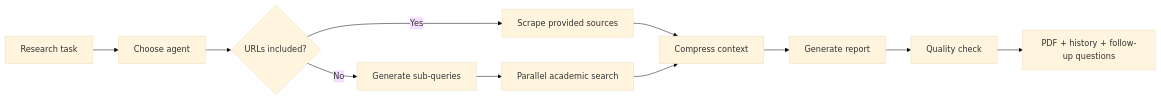
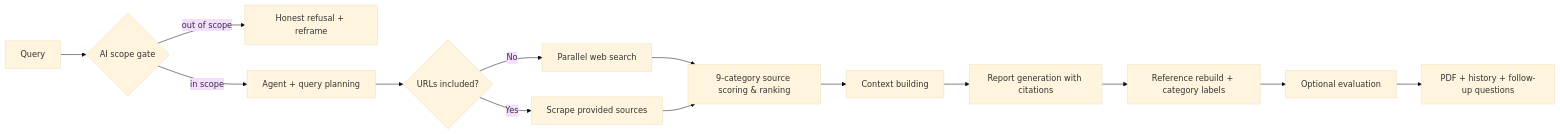
Before and after one commit to phamvanhoang9/atlas: the diagram in README.md, drawn with Mermaid (base theme). The commit also changed other lines of this file and 83 other files, not shown here.

````diff
--- a/README.md
+++ b/README.md
@@ -35,13 +57,16 @@
 ```mermaid
 flowchart LR
-    A[Research task] --> B[Choose agent]
+    A[Query] --> S{AI scope gate}
+    S -->|out of scope| R[Honest refusal + reframe]
+    S -->|in scope| B[Agent + query planning]
     B --> C{URLs included?}
     C -->|Yes| D[Scrape provided sources]
-    C -->|No| E[Generate sub-queries]
-    E --> F[Parallel academic search]
-    D --> G[Compress context]
-    F --> G
-    G --> H[Generate report]
-    H --> I[Quality check]
-    I --> J[PDF + history + follow-up questions]
+    C -->|No| E[Parallel web search]
+    E --> F[9-category source scoring & ranking]
+    D --> F
+    F --> G[Context building]
+    G --> H[Report generation with citations]
+    H --> I[Reference rebuild + category labels]
+    I --> J[Optional evaluation]
+    J --> K[PDF + history + follow-up questions]
 ```
````
